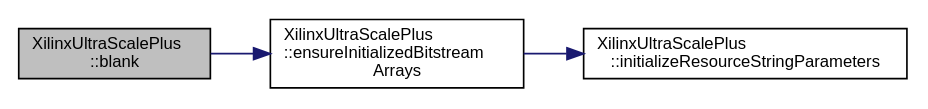
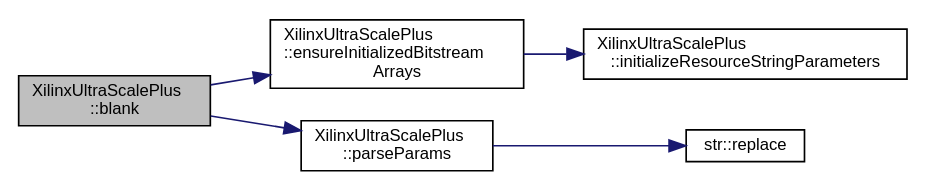
Before and after one commit to FPGA-Research-Manchester/byteman: the diagram in classXilinxUltraScalePlus_a15434be327a556f42ae679ad8715f876_cgraph.dot, drawn with Graphviz. The commit also changed 231 other files, not shown here.

```diff
--- a/classXilinxUltraScalePlus_a15434be327a556f42ae679ad8715f876_cgraph.dot
+++ b/classXilinxUltraScalePlus_a15434be327a556f42ae679ad8715f876_cgraph.dot
@@ -1,13 +1,17 @@
 digraph "XilinxUltraScalePlus::blank"
 {
  // INTERACTIVE_SVG=YES
  // LATEX_PDF_SIZE
   edge [fontname="Helvetica",fontsize="10",labelfontname="Helvetica",labelfontsize="10"];
   node [fontname="Helvetica",fontsize="10",shape=record];
   rankdir="LR";
   Node1 [label="XilinxUltraScalePlus\l::blank",height=0.2,width=0.4,color="black", fillcolor="grey75", style="filled", fontcolor="black",tooltip=" "];
   Node1 -> Node2 [color="midnightblue",fontsize="10",style="solid",fontname="Helvetica"];
   Node2 [label="XilinxUltraScalePlus\l::ensureInitializedBitstream\lArrays",height=0.2,width=0.4,color="black", fillcolor="white", style="filled",URL="$classXilinxUltraScalePlus.html#a8dcdd76d3e0d12a68a8b5dfdbee74ce2",tooltip=" "];
   Node2 -> Node3 [color="midnightblue",fontsize="10",style="solid",fontname="Helvetica"];
   Node3 [label="XilinxUltraScalePlus\l::initializeResourceStringParameters",height=0.2,width=0.4,color="black", fillcolor="white", style="filled",URL="$classXilinxUltraScalePlus.html#ac32e568fe37e12bfc1509b4d690528b6",tooltip=" "];
+  Node1 -> Node4 [color="midnightblue",fontsize="10",style="solid",fontname="Helvetica"];
+  Node4 [label="XilinxUltraScalePlus\l::parseParams",height=0.2,width=0.4,color="black", fillcolor="white", style="filled",URL="$classXilinxUltraScalePlus.html#aafd36c932d3c93bac078997a32ca8bc6",tooltip=" "];
+  Node4 -> Node5 [color="midnightblue",fontsize="10",style="solid",fontname="Helvetica"];
+  Node5 [label="str::replace",height=0.2,width=0.4,color="black", fillcolor="white", style="filled",URL="$namespacestr.html#ac23568893d7dd0123ecfc9105c9f3a69",tooltip="Replaces all instances of oldChar in string str with newChar and returns the resulting string."];
 }
```
